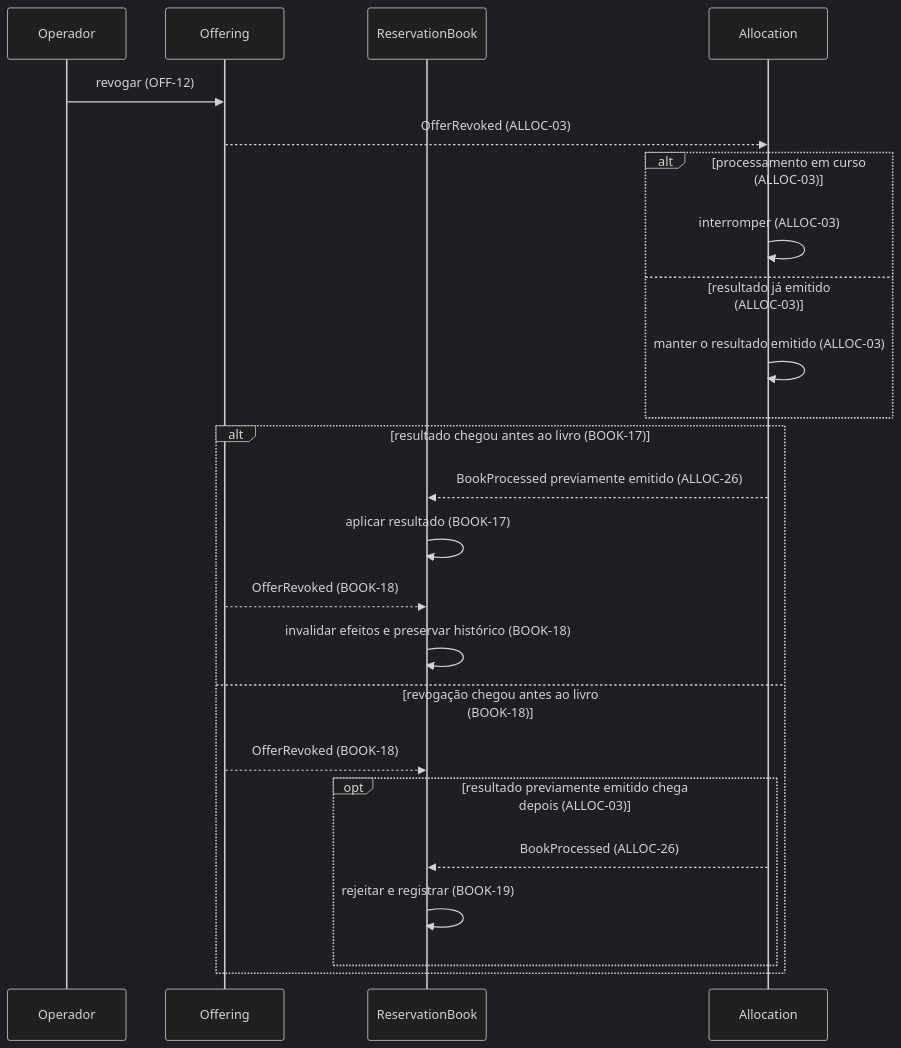
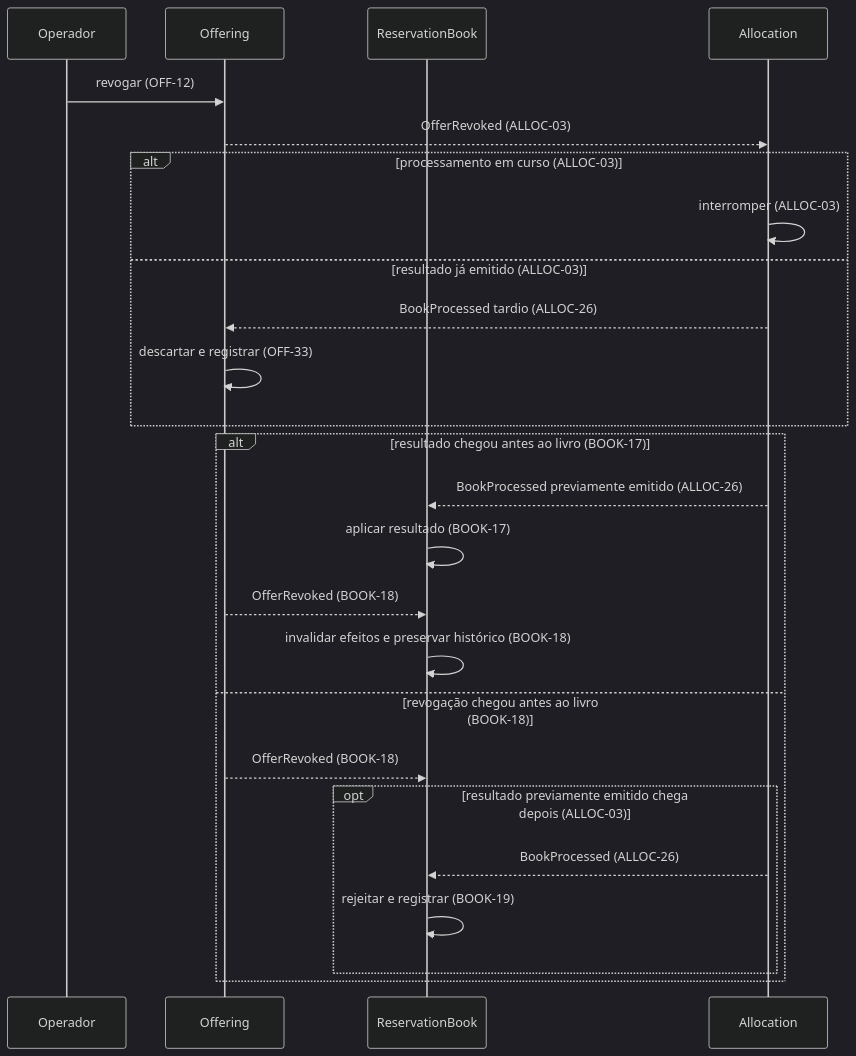
One commit to guilhermesalvi/fund-distribution-platform changed the second of 2 diagrams in docs/prd/0000-platform-overview.md. Above: the diagram before and after it, drawn with Mermaid (dark theme). The commit also changed other lines of this file and 2 other files, not shown here.

Commit message:
docs: consume book outcome in offering lifecycle

````diff
--- a/docs/prd/0000-platform-overview.md
+++ b/docs/prd/0000-platform-overview.md
@@ -73,26 +72,27 @@
 ```mermaid
 sequenceDiagram
     participant Operador
     participant Offering
     participant ReservationBook
     participant Allocation
     Operador->>Offering: revogar (OFF-12)
     Offering-->>Allocation: OfferRevoked (ALLOC-03)
     alt processamento em curso (ALLOC-03)
         Allocation->>Allocation: interromper (ALLOC-03)
     else resultado já emitido (ALLOC-03)
-        Allocation->>Allocation: manter o resultado emitido (ALLOC-03)
+        Allocation-->>Offering: BookProcessed tardio (ALLOC-26)
+        Offering->>Offering: descartar e registrar (OFF-33)
     end
     alt resultado chegou antes ao livro (BOOK-17)
         Allocation-->>ReservationBook: BookProcessed previamente emitido (ALLOC-26)
         ReservationBook->>ReservationBook: aplicar resultado (BOOK-17)
         Offering-->>ReservationBook: OfferRevoked (BOOK-18)
         ReservationBook->>ReservationBook: invalidar efeitos e preservar histórico (BOOK-18)
     else revogação chegou antes ao livro (BOOK-18)
         Offering-->>ReservationBook: OfferRevoked (BOOK-18)
         opt resultado previamente emitido chega depois (ALLOC-03)
             Allocation-->>ReservationBook: BookProcessed (ALLOC-26)
             ReservationBook->>ReservationBook: rejeitar e registrar (BOOK-19)
         end
     end
 ```
````
